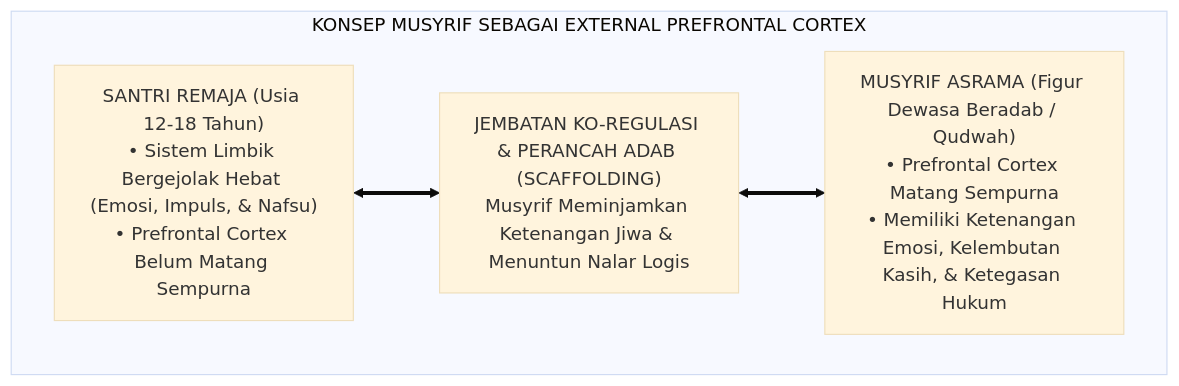
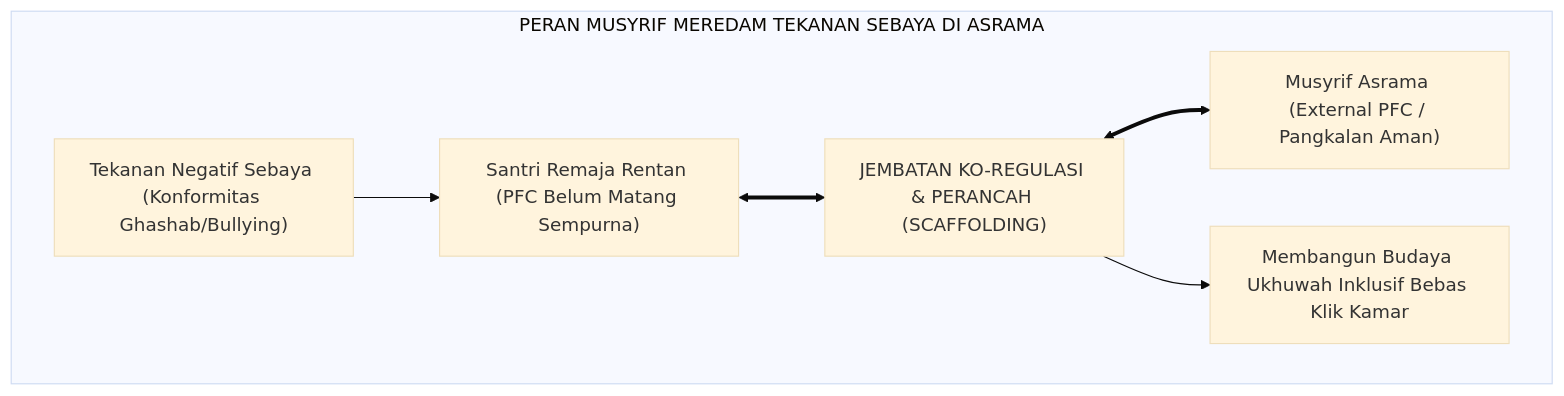
Diagram 23 of 47 in BOOK-SERIES/Volume-02/Buku-Volume-02-Taksonomi-Kapasitas-dan-10-Profil-Karakter.md (wandiapriliyandi/tumbuh), drawn with Mermaid (base theme) before and after one commit. The commit also changed other lines of this file and 27 other files, not shown here.

````diff
--- a/BOOK-SERIES/Volume-02/Buku-Volume-02-Taksonomi-Kapasitas-dan-10-Profil-Karakter.md
+++ b/BOOK-SERIES/Volume-02/Buku-Volume-02-Taksonomi-Kapasitas-dan-10-Profil-Karakter.md
@@ -1515,12 +1211,10 @@
 ```mermaid
 graph TD
-    subgraph KonsepExternalPFC["KONSEP MUSYRIF SEBAGAI EXTERNAL PREFRONTAL CORTEX"]
-        Santri["SANTRI REMAJA (Usia 12-18 Tahun)<br/>• Sistem Limbik Bergejolak Hebat (Emosi, Impuls, & Nafsu)<br/>• Prefrontal Cortex Belum Matang Sempurna"]
+    subgraph SinergiSebayaMusyrif["PERAN MUSYRIF MEREDAM TEKANAN SEBAYA DI ASRAMA"]
+        Tekanan["Tekanan Negatif Sebaya (Konformitas Ghashab/Bullying)"] --> Santri["Santri Remaja Rentan (PFC Belum Matang Sempurna)"]
         
-        Scaffolding["JEMBATAN KO-REGULASI & PERANCAH ADAB (SCAFFOLDING)<br/>Musyrif Meminjamkan Ketenangan Jiwa & Menuntun Nalar Logis"]
+        Santri <==> Scaffolding["JEMBATAN KO-REGULASI & PERANCAH (SCAFFOLDING)"] <==> Musyrif["Musyrif Asrama (External PFC / Pangkalan Aman)"]
         
-        Musyrif["MUSYRIF ASRAMA (Figur Dewasa Beradab / Qudwah)<br/>• Prefrontal Cortex Matang Sempurna<br/>• Memiliki Ketenangan Emosi, Kelembutan Kasih, & Ketegasan Hukum"]
-        
-        Santri <==> Scaffolding <==> Musyrif
+        Scaffolding --> Ukhuwah["Membangun Budaya Ukhuwah Inklusif Bebas Klik Kamar"]
     end
 ```
````
